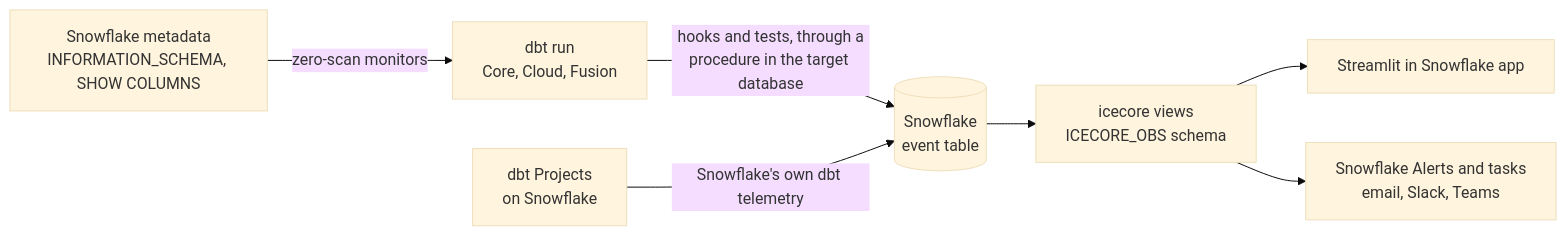
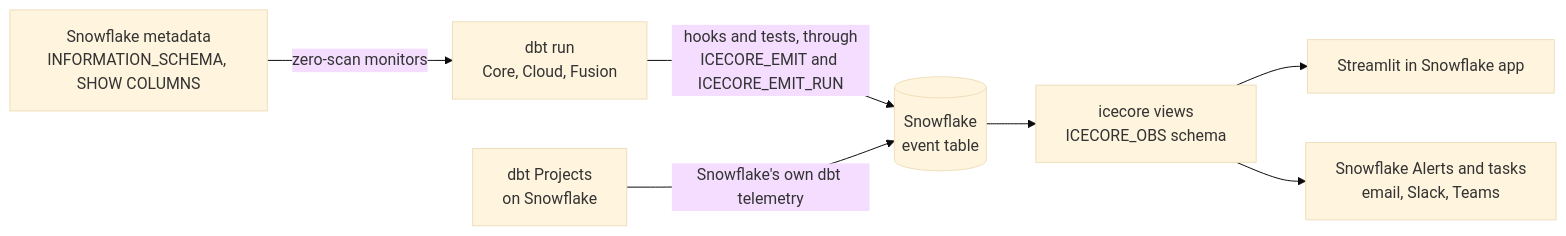
The diagram in README.md (CRITHINK-DEV/icecore), drawn with Mermaid (base theme) before and after one commit. The commit also changed other lines of this file, not shown here.

````diff
--- a/README.md
+++ b/README.md
@@ -63,9 +63,9 @@
 ```mermaid
 flowchart LR
-    run["dbt run<br/>Core, Cloud, Fusion"] -- "hooks and tests, through a<br/>procedure in the target database" --> et[("Snowflake<br/>event table")]
+    run["dbt run<br/>Core, Cloud, Fusion"] -- "hooks and tests, through<br/>ICECORE_EMIT and ICECORE_EMIT_RUN" --> et[("Snowflake<br/>event table")]
     native["dbt Projects<br/>on Snowflake"] -- "Snowflake's own dbt telemetry" --> et
     meta["Snowflake metadata<br/>INFORMATION_SCHEMA, SHOW COLUMNS"] -- "zero-scan monitors" --> run
     et --> views["icecore views<br/>ICECORE_OBS schema"]
     views --> app["Streamlit in Snowflake app"]
     views --> alerts["Snowflake Alerts and tasks<br/>email, Slack, Teams"]
 ```
````
